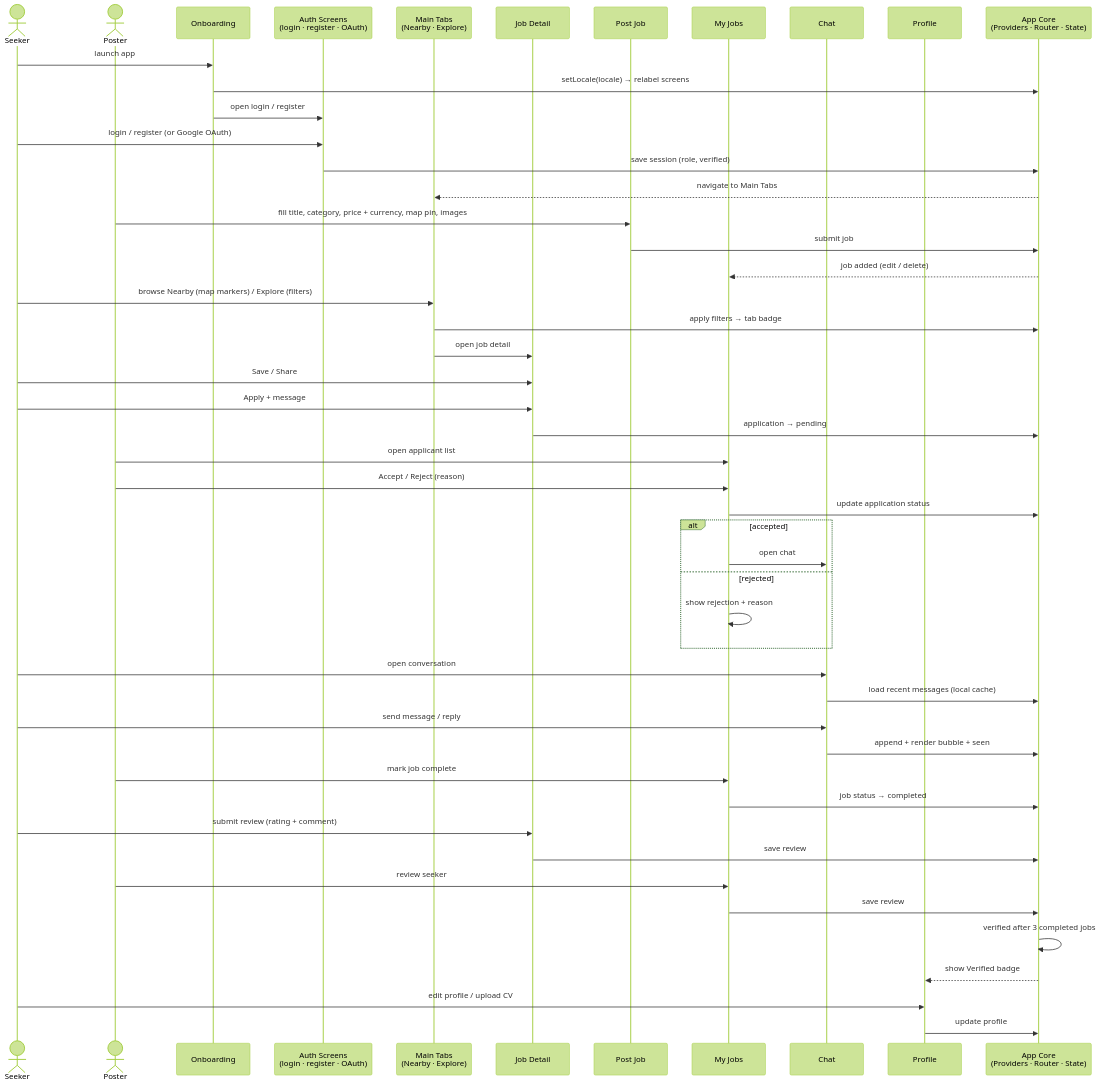
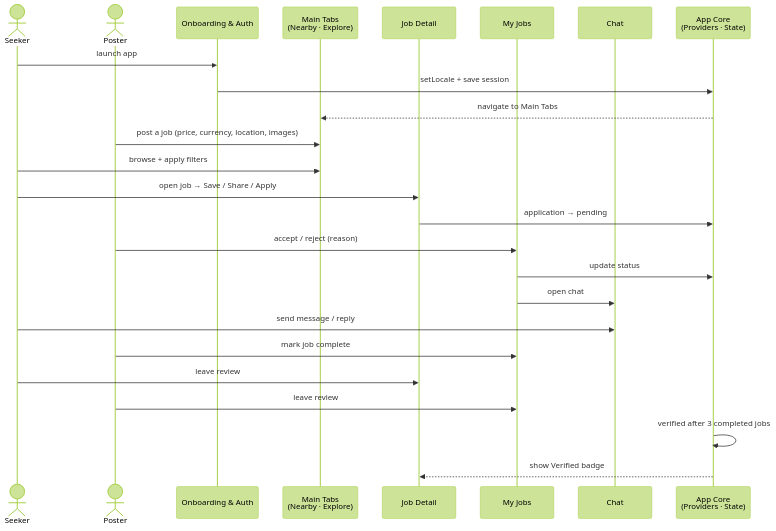
One commit to phyothant-dev/loc-jobs changed the fourth of 5 diagrams in DIAGRAMS.md. Above: the diagram before and after it, drawn with Mermaid (forest theme). The commit also changed other lines of this file and 1 other file, not shown here.

Commit message:
docs: simplify frontend sequence diagram

````diff
--- a/DIAGRAMS.md
+++ b/DIAGRAMS.md
@@ -332,56 +332,31 @@
 ```mermaid
 sequenceDiagram
     actor Seeker
     actor Poster
-    participant OB as Onboarding
-    participant AU as Auth Screens<br/>(login · register · OAuth)
+    participant OB as Onboarding & Auth
     participant TB as Main Tabs<br/>(Nearby · Explore)
     participant JD as Job Detail
-    participant PJ as Post Job
     participant MJ as My Jobs
     participant CH as Chat
-    participant PF as Profile
-    participant CO as App Core<br/>(Providers · Router · State)
+    participant CO as App Core<br/>(Providers · State)
 
     Seeker->>OB: launch app
-    OB->>CO: setLocale(locale) → relabel screens
-    OB->>AU: open login / register
-    Seeker->>AU: login / register (or Google OAuth)
-    AU->>CO: save session (role, verified)
+    OB->>CO: setLocale + save session
     CO-->>TB: navigate to Main Tabs
 
-    Poster->>PJ: fill title, category, price + currency, map pin, images
-    PJ->>CO: submit job
-    CO-->>MJ: job added (edit / delete)
-
-    Seeker->>TB: browse Nearby (map markers) / Explore (filters)
-    TB->>CO: apply filters → tab badge
-    TB->>JD: open job detail
-    Seeker->>JD: Save / Share
-    Seeker->>JD: Apply + message
+    Poster->>TB: post a job (price, currency, location, images)
+    Seeker->>TB: browse + apply filters
+    Seeker->>JD: open job → Save / Share / Apply
     JD->>CO: application → pending
 
-    Poster->>MJ: open applicant list
-    Poster->>MJ: Accept / Reject (reason)
-    MJ->>CO: update application status
-    alt accepted
-        MJ->>CH: open chat
-    else rejected
-        MJ->>MJ: show rejection + reason
-    end
+    Poster->>MJ: accept / reject (reason)
+    MJ->>CO: update status
+    MJ->>CH: open chat
+    Seeker->>CH: send message / reply
 
-    Seeker->>CH: open conversation
-    CH->>CO: load recent messages (local cache)
-    Seeker->>CH: send message / reply
-    CH->>CO: append + render bubble + seen
     Poster->>MJ: mark job complete
-    MJ->>CO: job status → completed
-    Seeker->>JD: submit review (rating + comment)
-    JD->>CO: save review
-    Poster->>MJ: review seeker
-    MJ->>CO: save review
+    Seeker->>JD: leave review
+    Poster->>MJ: leave review
     CO->>CO: verified after 3 completed jobs
-    CO-->>PF: show Verified badge
-    Seeker->>PF: edit profile / upload CV
-    PF->>CO: update profile
+    CO-->>JD: show Verified badge
 ```
````
